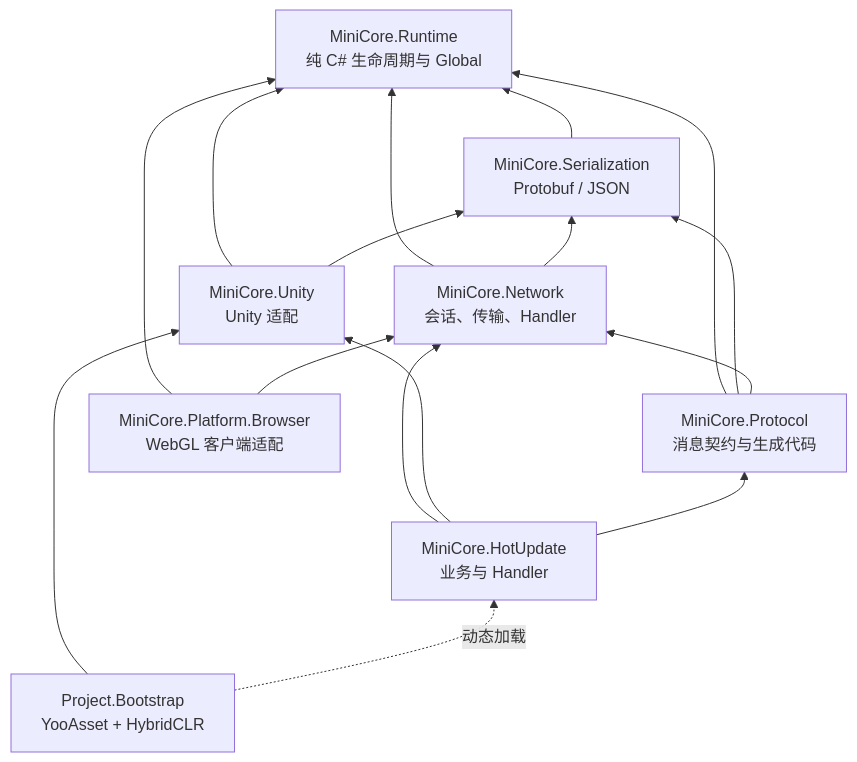
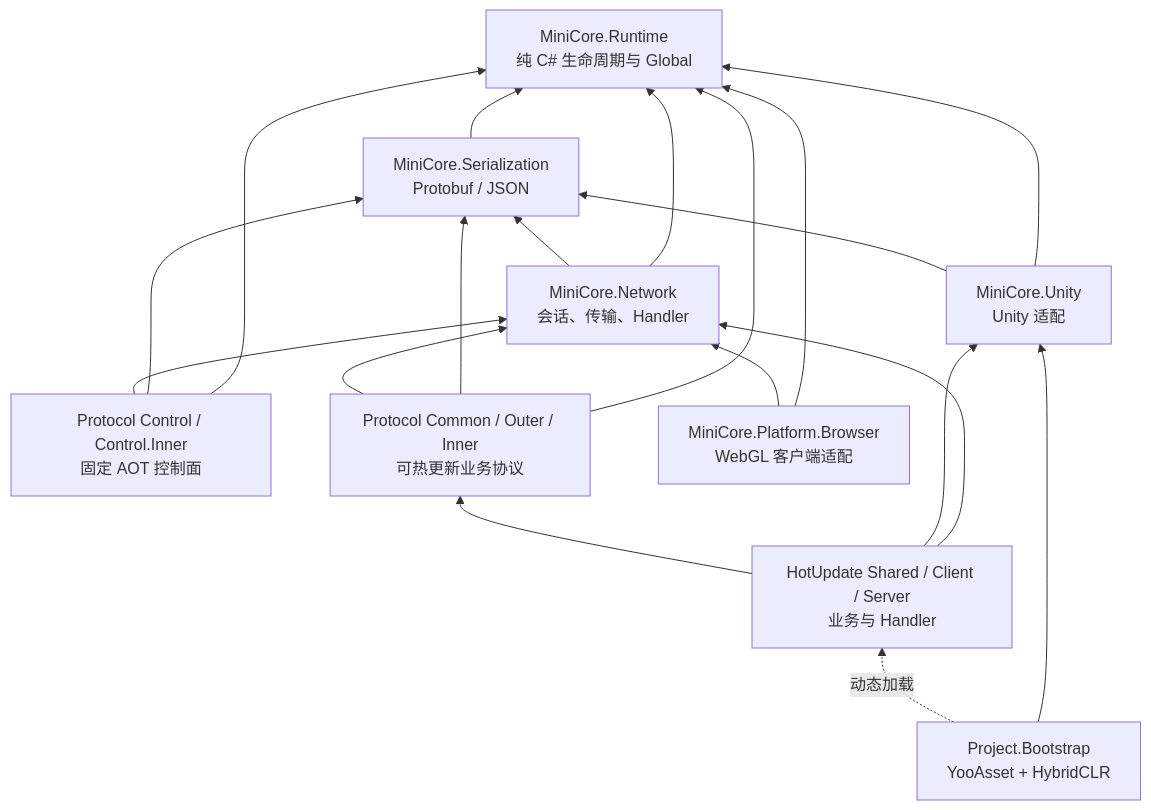
Before and after one commit to ForGetMyGirl/MiniCore: the first of 2 diagrams in Docs/Architecture.md, drawn with Mermaid. The commit also changed other lines of this file and 1962 other files, not shown here.

First line of the commit message:
做了一个多服的架构，强制增加一个Coordinator的服务器（在作为DedicatedServer时必须部署此服务器作为服务发现）。 主要改动： 增加了 DBServer\AuthServer的.net工程（基于.NET10+EFCORE），作为可选服务器（单机或者用不到可以不用构建，架构不强制绑定，但是Coordinator强制绑定服务端架构，也就是必须有）； 重构 MiniCore 程序集与热更新架构

````diff
--- a/Docs/Architecture.md
+++ b/Docs/Architecture.md
@@ -29,27 +30,31 @@
 ```mermaid
 flowchart BT
     Runtime["MiniCore.Runtime\n纯 C# 生命周期与 Global"]
-    Protocol["MiniCore.Protocol\n消息契约与生成代码"]
+    Control["Protocol Control / Control.Inner\n固定 AOT 控制面"]
+    Protocol["Protocol Common / Outer / Inner\n可热更新业务协议"]
     Serialization["MiniCore.Serialization\nProtobuf / JSON"]
     Network["MiniCore.Network\n会话、传输、Handler"]
     Unity["MiniCore.Unity\nUnity 适配"]
     Browser["MiniCore.Platform.Browser\nWebGL 客户端适配"]
-    HotUpdate["MiniCore.HotUpdate\n业务与 Handler"]
+    HotUpdate["HotUpdate Shared / Client / Server\n业务与 Handler"]
     Bootstrap["Project.Bootstrap\nYooAsset + HybridCLR"]
 
     Serialization --> Runtime
     Network --> Runtime
     Network --> Serialization
     Protocol --> Runtime
     Protocol --> Serialization
     Protocol --> Network
+    Control --> Runtime
+    Control --> Serialization
+    Control --> Network
     Unity --> Runtime
     Unity --> Serialization
     Browser --> Runtime
     Browser --> Network
     HotUpdate --> Network
     HotUpdate --> Unity
     HotUpdate --> Protocol
     Bootstrap --> Unity
     Bootstrap -. "动态加载" .-> HotUpdate
 ```
````
